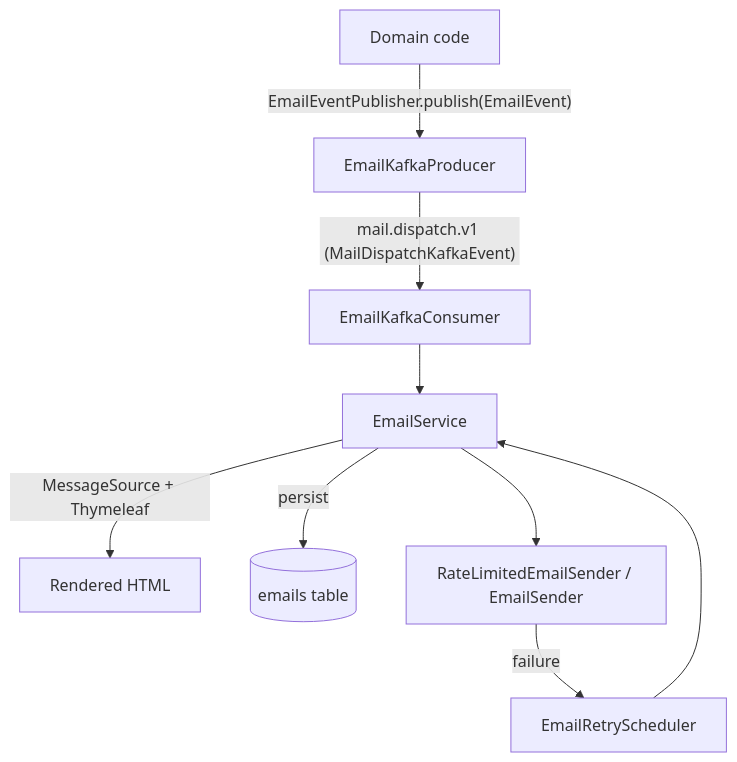
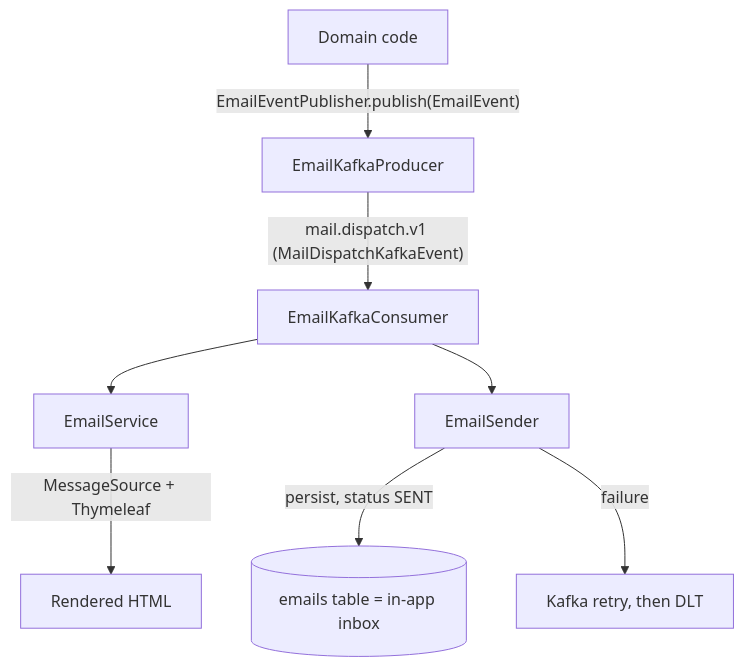
Before and after one commit to Shyesilbas/secondHand: the diagram in src/main/java/com/serhat/secondhand/email/README.md, drawn with Mermaid. The commit also changed other lines of this file and 48 other files, not shown here.

````diff
--- a/src/main/java/com/serhat/secondhand/email/README.md
+++ b/src/main/java/com/serhat/secondhand/email/README.md
@@ -7,11 +7,10 @@
 ```mermaid
 flowchart TD
     D[Domain code] -->|"EmailEventPublisher.publish(EmailEvent)"| P[EmailKafkaProducer]
     P -->|"mail.dispatch.v1 (MailDispatchKafkaEvent)"| C[EmailKafkaConsumer]
     C --> ES[EmailService]
     ES -->|MessageSource + Thymeleaf| T[Rendered HTML]
-    ES -->|persist| DB[(emails table)]
-    ES --> S[RateLimitedEmailSender / EmailSender]
-    S -->|failure| R[EmailRetryScheduler]
-    R --> ES
+    C --> S[EmailSender]
+    S -->|"persist, status SENT"| DB[(emails table = in-app inbox)]
+    S -->|failure| K[Kafka retry, then DLT]
 ```
````
